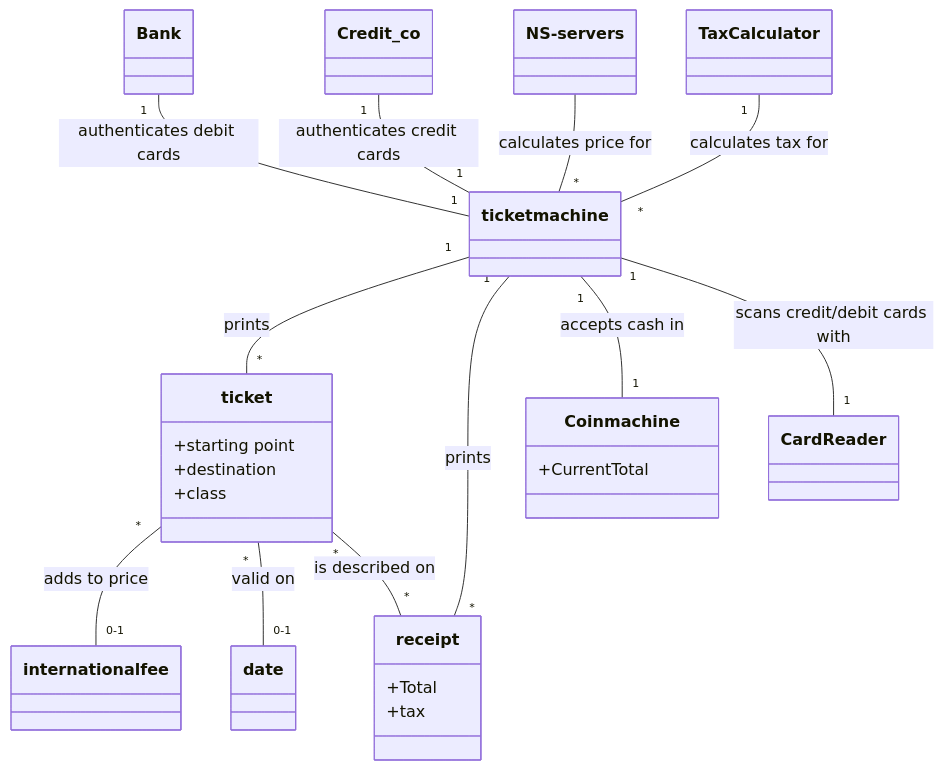
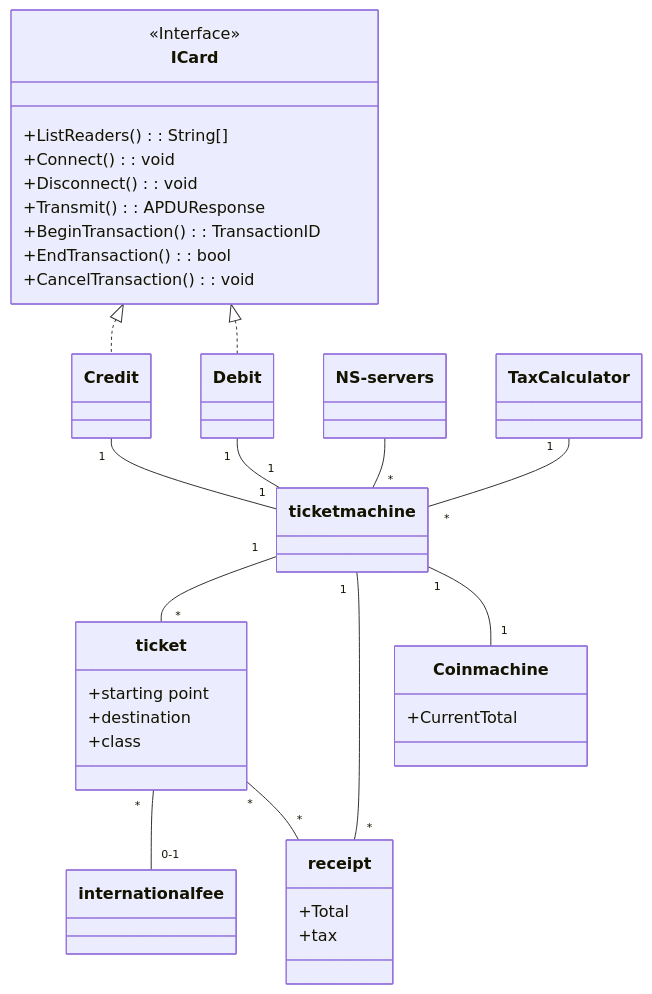
The diagram in Classes.md (ThannerJonna/MSO23_G19), drawn with Mermaid before and after one commit.

Commit message:
progress class

````diff
--- a/Classes.md
+++ b/Classes.md
@@ -1,32 +1,47 @@
 ```mermaid
 classDiagram
 
-ticket "*" -- "0-1" international fee : adds to price
-ticketmachine "1" -- "*" ticket : prints
-Bank  "1" -- "1" ticketmachine : authenticates debit cards
-Credit_co "1" -- "1"  ticketmachine : authenticates credit cards
-ticket "*" -- "0-1" date : valid on
-NS-servers -- "*" ticketmachine : calculates price for
-ticketmachine "1" -- "*" receipt : prints
-ticket "*" -- "*" receipt : is described on
-ticketmachine "1" -- "1" Coin machine : accepts cash in
-ticketmachine "1" -- "1" CardReader : scans credit/debit cards with
-TaxCalculator "1" -- "*" ticketmachine : calculates tax for
+ticket "*" -- "0-1" international fee
+ticketmachine "1" -- "*" ticket 
+Debit  "1" -- "1" ticketmachine 
+Credit "1" -- "1"  ticketmachine 
+NS-servers -- "*" ticketmachine 
+ticketmachine "1" -- "*" receipt
+ticket "*" -- "*" receipt 
+ticketmachine "1" -- "1" Coin machine
+TaxCalculator "1" -- "*" ticketmachine 
+
+ICard <|.. Credit
+ICard <|.. Debit
 
 class ticketmachine
 
 class ticket{
     +starting point
     +destination
     +class
 }
 
 class Coinmachine{
     +CurrentTotal
 }
 
 class receipt{
     +Total
     +tax
 }
+
+
+class ICard {
+    <<Interface>>
+ +ListReaders() : String[]
+ +Connect(): void
+ +Disconnect(): void
+ +Transmit() : APDUResponse
+ +BeginTransaction(): TransactionID
+ +EndTransaction(): bool
+ +CancelTransaction() : void
+}
+
+class Credit
 ```
````
